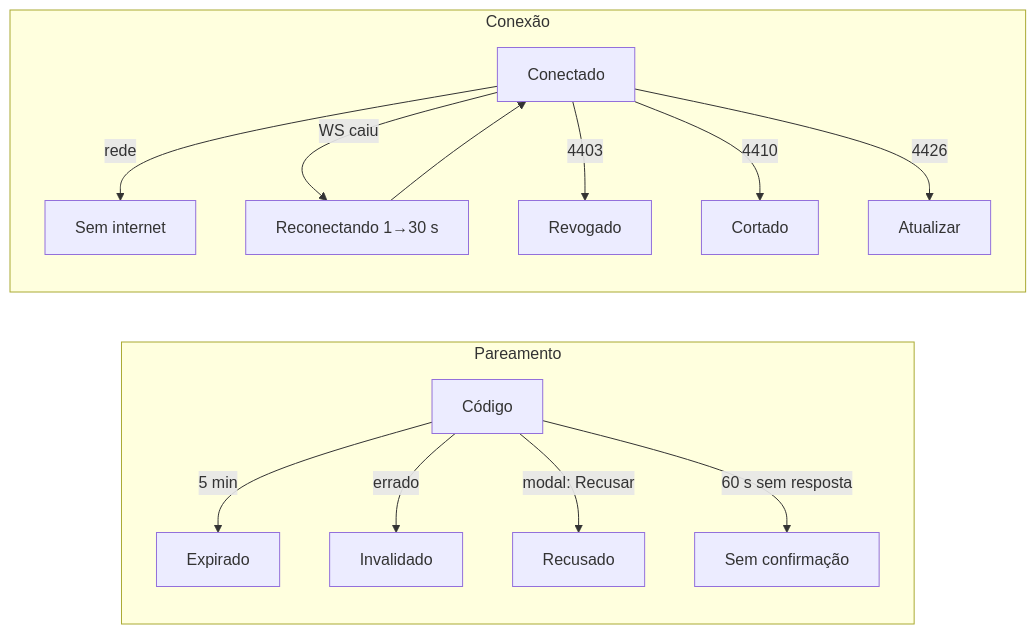
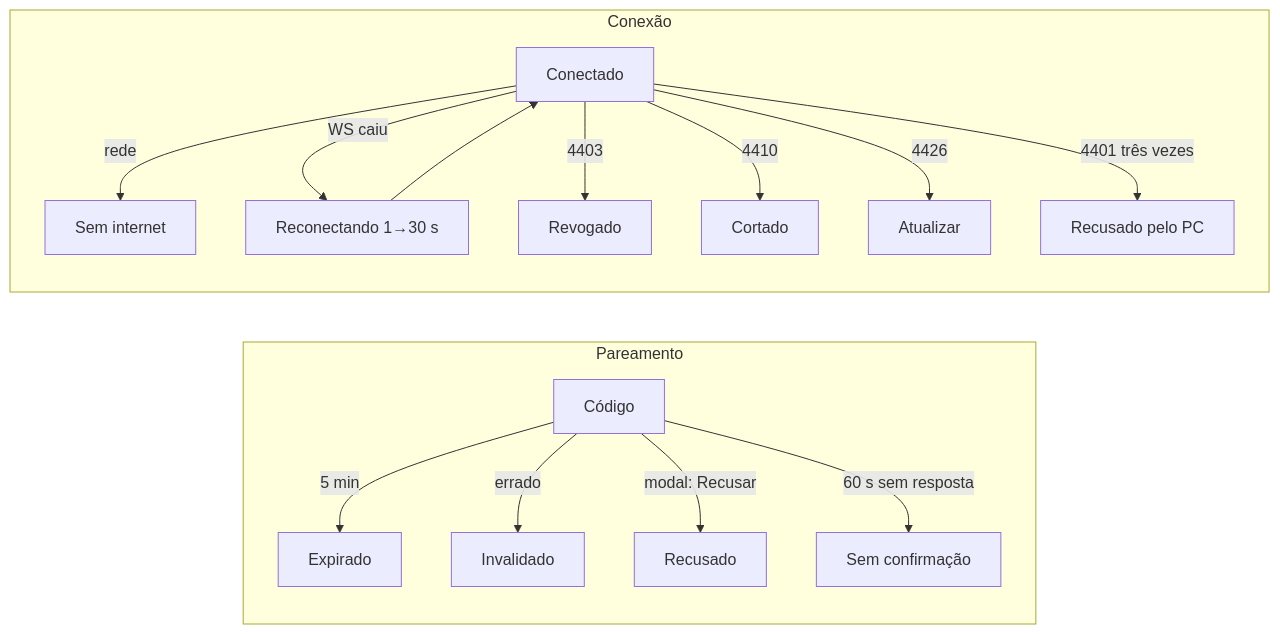
One commit to LucasGarioli/pipa-vscode-remote changed the fourth of 4 diagrams in docs/interfaces/fluxos.md. Above: the diagram before and after it, drawn with Mermaid. The commit also changed other lines of this file and 11 other files, not shown here.

````diff
--- a/docs/interfaces/fluxos.md
+++ b/docs/interfaces/fluxos.md
@@ -199,16 +216,17 @@
 ```mermaid
 flowchart LR
   subgraph Pareamento
     C[Código] -->|5 min| X1[Expirado]
     C -->|errado| X2[Invalidado]
     C -->|modal: Recusar| X3[Recusado]
     C -->|60 s sem resposta| X4[Sem confirmação]
   end
   subgraph Conexão
     W[Conectado] -->|rede| X7[Sem internet]
     W -->|WS caiu| RC[Reconectando 1→30 s] --> W
     W -->|4403| X12[Revogado]
     W -->|4410| X13[Cortado]
     W -->|4426| X15[Atualizar]
+    W -->|4401 três vezes| X18[Recusado pelo PC]
   end
 ```
````
